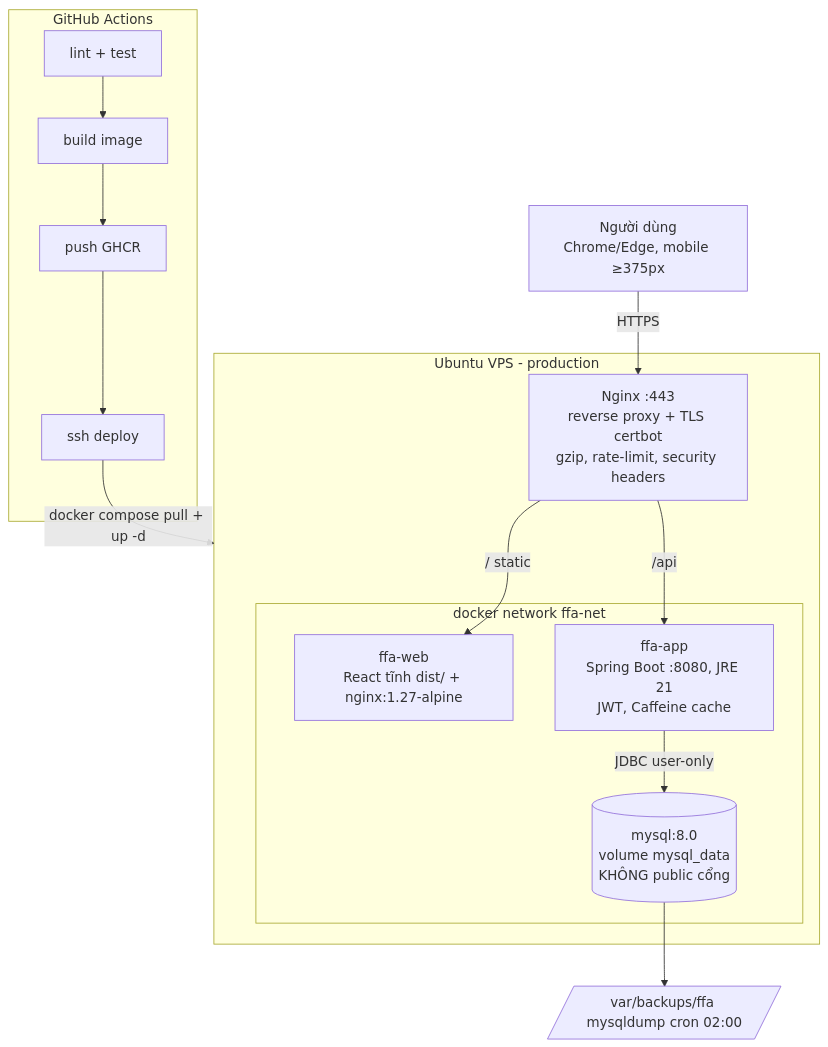
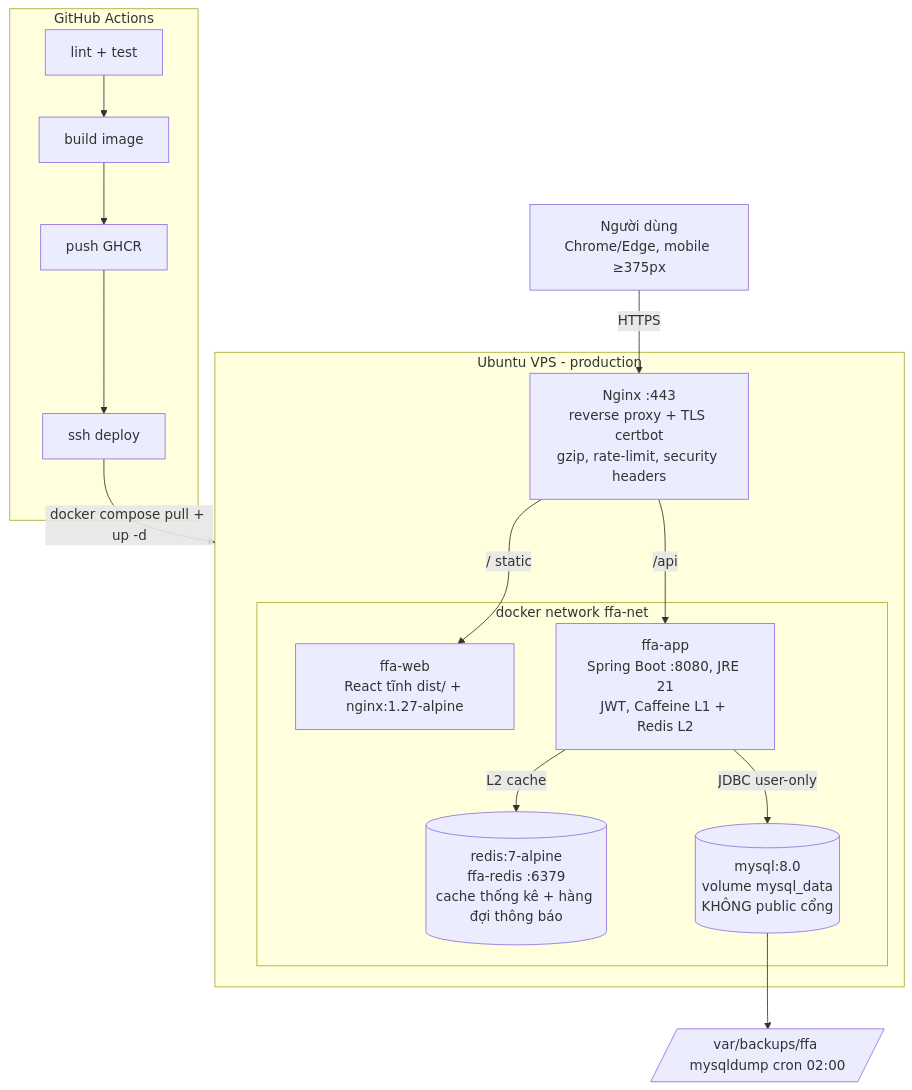
The first of 2 diagrams in docs/architecture.md (CJustin23/ProjectIT206), drawn with Mermaid before and after one commit. The commit also changed other lines of this file and 9 other files, not shown here.

````diff
--- a/docs/architecture.md
+++ b/docs/architecture.md
@@ -6,26 +6,28 @@
 ```mermaid
 flowchart TB
   U[Người dùng<br/>Chrome/Edge, mobile ≥375px]
 
   subgraph VPS [Ubuntu VPS - production]
     NG[Nginx :443<br/>reverse proxy + TLS certbot<br/>gzip, rate-limit, security headers]
     subgraph NET [docker network ffa-net]
       FE[ffa-web<br/>React tĩnh dist/ + nginx:1.27-alpine]
-      BE[ffa-app<br/>Spring Boot :8080, JRE 21<br/>JWT, Caffeine cache]
+      BE[ffa-app<br/>Spring Boot :8080, JRE 21<br/>JWT, Caffeine L1 + Redis L2]
+      RD[(redis:7-alpine<br/>ffa-redis :6379<br/>cache thống kê + hàng đợi thông báo)]
       DB[(mysql:8.0<br/>volume mysql_data<br/>KHÔNG public cổng)]
     end
   end
 
   subgraph CI [GitHub Actions]
     A1[lint + test] --> A2[build image] --> A3[push GHCR] --> A4[ssh deploy]
   end
 
   BK[/var/backups/ffa mysqldump cron 02:00/]
 
   U -->|HTTPS| NG
   NG -->|/ static| FE
   NG -->|/api| BE
+  BE -->|L2 cache| RD
   BE -->|JDBC user-only| DB
   DB --> BK
   A4 -->|docker compose pull + up -d| VPS
 ```
````
